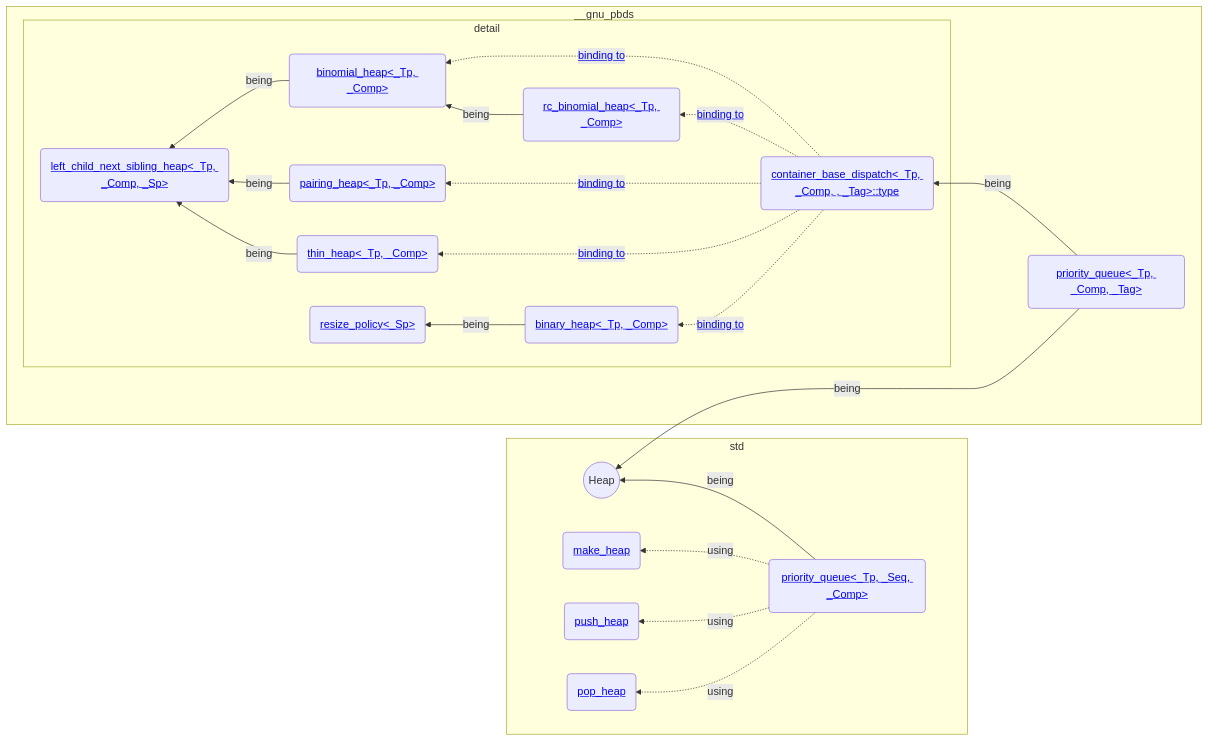
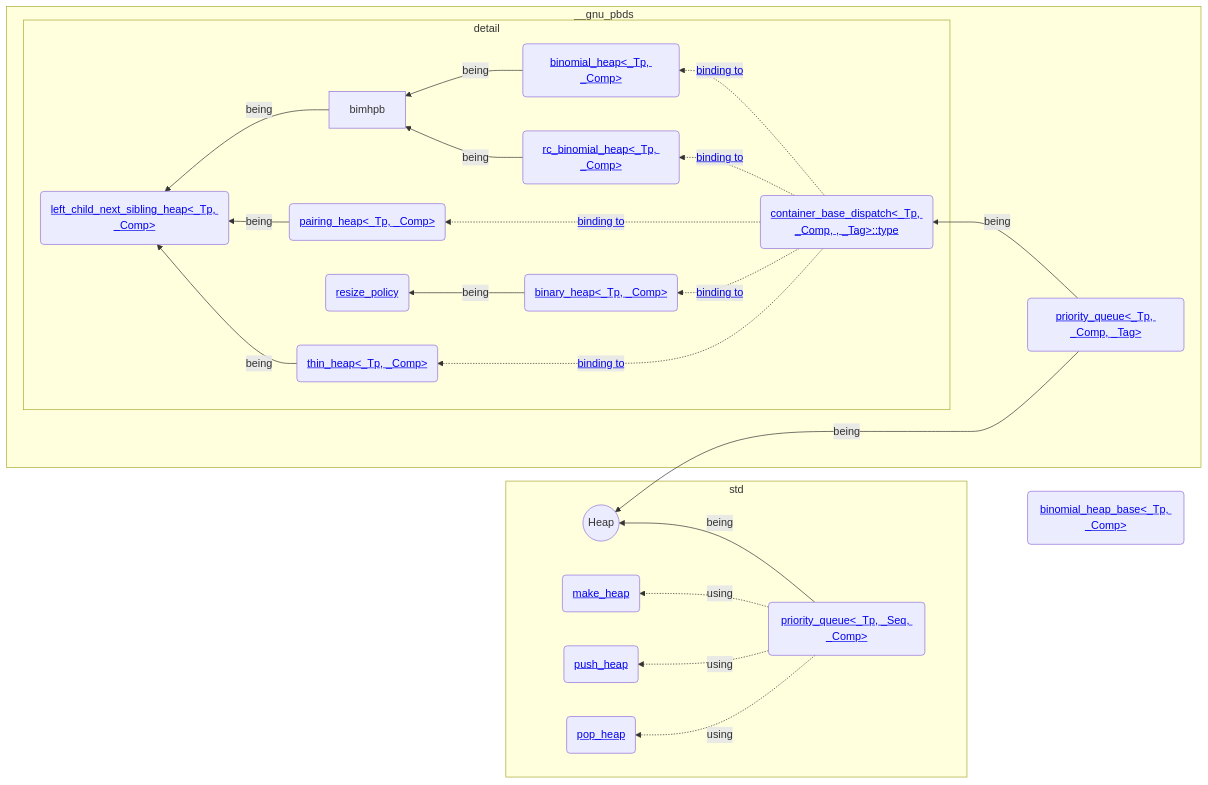
The diagram in doc/priority_queue.md (AsherJingkongChen/ds-assign4), drawn with Mermaid before and after one commit.

Commit message:
Asher Chen commited at 2022-12-28_17-40-43

````diff
--- a/doc/priority_queue.md
+++ b/doc/priority_queue.md
@@ -3,45 +3,47 @@
 ```mermaid
 graph RL;
 heap((Heap));
 spq(<a href=https://gcc.gnu.org/onlinedocs/gcc-12.2.0/libstdc++/api/a08762.html>priority_queue<_Tp, _Seq, _Comp></a>);
 make(<a href=https://gcc.gnu.org/onlinedocs/gcc-12.2.0/libstdc++/api/a01614.html#ga2a685c934e85086e5ac372026e8064f6>make_heap</a>);
 push(<a href=https://gcc.gnu.org/onlinedocs/gcc-12.2.0/libstdc++/api/a01614.html#gab628ce505c9574f8929a0fa49ed514b3>push_heap</a>);
 pop(<a href=https://gcc.gnu.org/onlinedocs/gcc-12.2.0/libstdc++/api/a01614.html#ga0a57ba46981d46e0f3ebd4703d0ad18b>pop_heap);
 
 binhp(<a href=https://gcc.gnu.org/onlinedocs/gcc-12.2.0/libstdc++/api/a13278.html>binary_heap<_Tp, _Comp></a>);
 bimhp(<a href=https://gcc.gnu.org/onlinedocs/gcc-12.2.0/libstdc++/api/a13326.html>binomial_heap<_Tp, _Comp></a>);
 pahp(<a href=https://gcc.gnu.org/onlinedocs/gcc-12.2.0/libstdc++/api/a13550.html>pairing_heap<_Tp, _Comp></a>);
 rbimhp(<a href=https://gcc.gnu.org/onlinedocs/gcc-12.2.0/libstdc++/api/a13654.html>rc_binomial_heap<_Tp, _Comp></a>);
 thinhp(<a href=https://gcc.gnu.org/onlinedocs/gcc-12.2.0/libstdc++/api/a13702.html>thin_heap<_Tp, _Comp></a>);
 
 gpq(<a href=https://gcc.gnu.org/onlinedocs/gcc-12.2.0/libstdc++/api/a12902.html>priority_queue<_Tp, _Comp, _Tag></a>);
 gcbdtp(<a href=https://gcc.gnu.org/onlinedocs/gcc-12.2.0/libstdc++/api/a13070.html>container_base_dispatch<_Tp, _Comp, , _Tag>::type</a>);
-lcnsh(<a href=https://gcc.gnu.org/onlinedocs/gcc-12.2.0/libstdc++/api/a13482.html>left_child_next_sibling_heap<_Tp, _Comp, _Sp></a>);
-rzplc(<a href=https://gcc.gnu.org/onlinedocs/gcc-12.2.0/libstdc++/api/a13322.html>resize_policy<_Sp></a>);
+lcnsh(<a href=https://gcc.gnu.org/onlinedocs/gcc-12.2.0/libstdc++/api/a13482.html>left_child_next_sibling_heap<_Tp, _Comp></a>);
+rzplc(<a href=https://gcc.gnu.org/onlinedocs/gcc-12.2.0/libstdc++/api/a13322.html>resize_policy</a>);
+binhpb(<a href=https://gcc.gnu.org/onlinedocs/gcc-12.2.0/libstdc++/api/a13330.html>binomial_heap_base<_Tp, _Comp></a>);
 
 subgraph std
   spq -->|being| heap;
   spq .->|using| make;
   spq .->|using| push;
   spq .->|using| pop;
 end
 
 subgraph __gnu_pbds
   gpq --->|being| heap;
   gpq -->|being| gcbdtp;
 
   subgraph detail
     gcbdtp .->|<a href=https://gcc.gnu.org/onlinedocs/gcc-12.2.0/libstdc++/api/a13162.html#adbbd8131d9a4cdc53e280a34f161dd3c>binding to</a>| binhp;
     gcbdtp .->|<a href=https://gcc.gnu.org/onlinedocs/gcc-12.2.0/libstdc++/api/a13154.html#ab4cecfd9b1ed21229fe049cabebe321c>binding to</a>| bimhp;
     gcbdtp .->|<a href=https://gcc.gnu.org/onlinedocs/gcc-12.2.0/libstdc++/api/a13150.html#adecf3a56bd35a5ca376d0492e7123a7b>binding to</a>| pahp;
     gcbdtp .->|<a href=https://gcc.gnu.org/onlinedocs/gcc-12.2.0/libstdc++/api/a13158.html#a7d1df51ac2b0c2e893e450bf7fe9e379>binding to</a>| rbimhp;
     gcbdtp .->|<a href=https://gcc.gnu.org/onlinedocs/gcc-12.2.0/libstdc++/api/a13166.html#a9810405868a4fa2e115def4f7da71b66>binding to</a>| thinhp;
 
     binhp -->|being| rzplc;
-    bimhp -->|being| lcnsh;
-    rbimhp -->|being| bimhp;
+    bimhpb -->|being| lcnsh;
+    bimhp -->|being| bimhpb;
+    rbimhp -->|being| bimhpb;
     pahp --> |being| lcnsh;
     thinhp -->|being| lcnsh;
   end
 end
 ```
````
